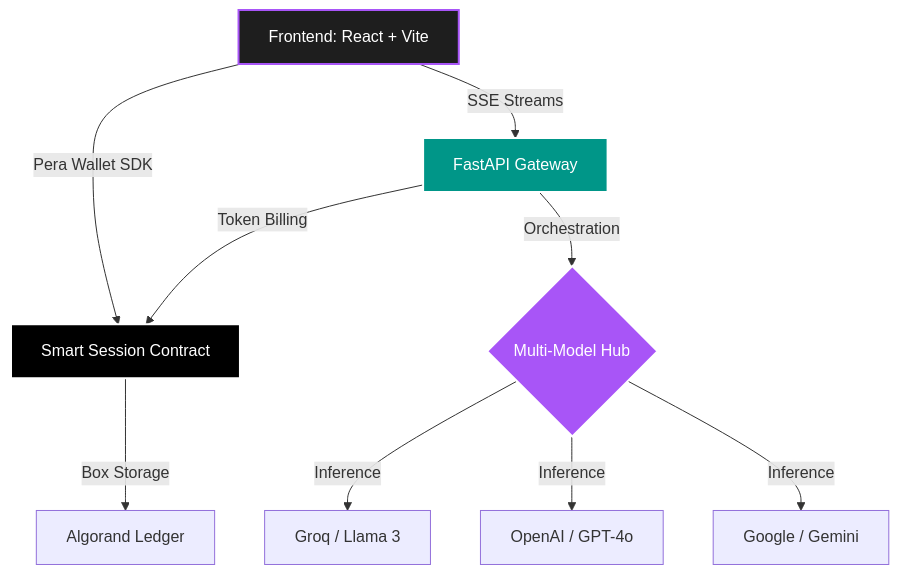
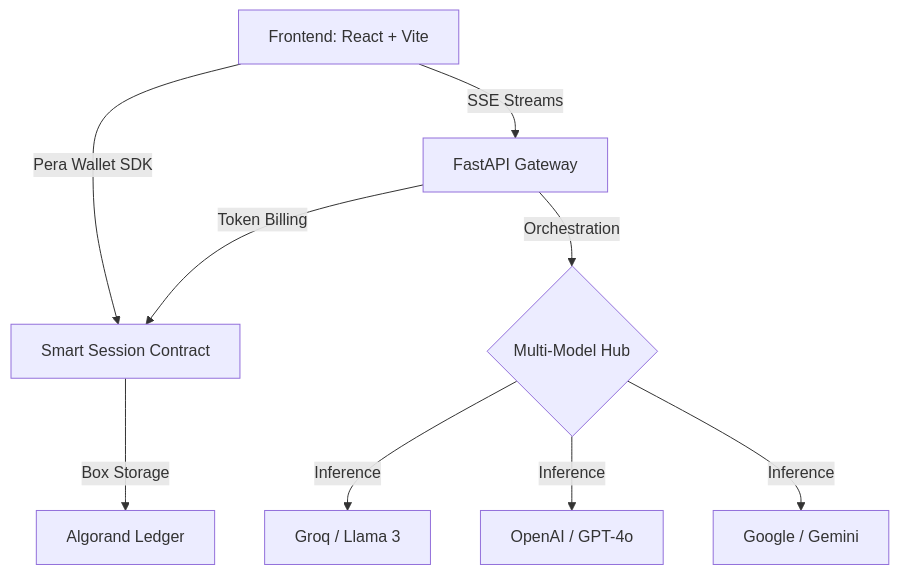
Before and after one commit to WPrasad99/Pay-Per-Use-Ai: the second of 2 diagrams in README.md, drawn with Mermaid. The commit also changed other lines of this file and 110 other files, not shown here.

````diff
--- a/README.md
+++ b/README.md
@@ -156,18 +163,13 @@
 ```mermaid
 graph TD
     A[Frontend: React + Vite] -->|Pera Wallet SDK| B[Smart Session Contract]
     A -->|SSE Streams| C[FastAPI Gateway]
     
     C -->|Orchestration| D{Multi-Model Hub}
     D -->|Inference| E[Groq / Llama 3]
     D -->|Inference| F[OpenAI / GPT-4o]
     D -->|Inference| G[Google / Gemini]
     
     C -->|Token Billing| B
     B -->|Box Storage| H[Algorand Ledger]
-    
-    style A fill:#1e1e1e,stroke:#A855F7,stroke-width:2px,color:#fff
-    style C fill:#009688,stroke:#fff,stroke-width:2px,color:#fff
-    style B fill:#000,stroke:#fff,stroke-width:2px,color:#fff
-    style D fill:#A855F7,stroke:#fff,stroke-width:2px,color:#fff
 ```
````
